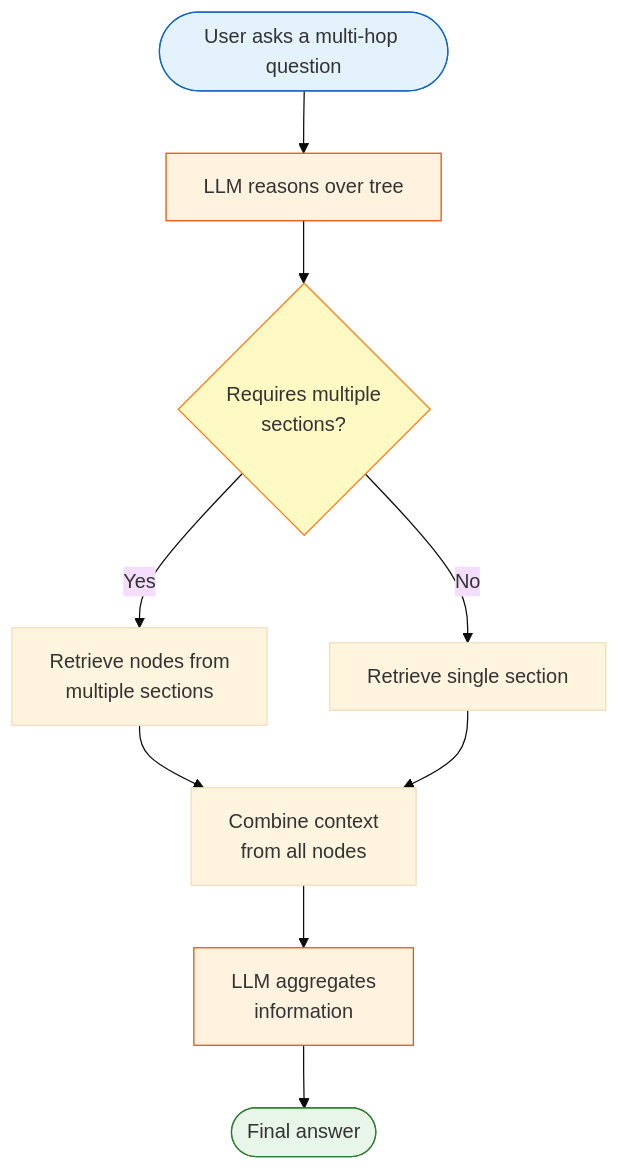
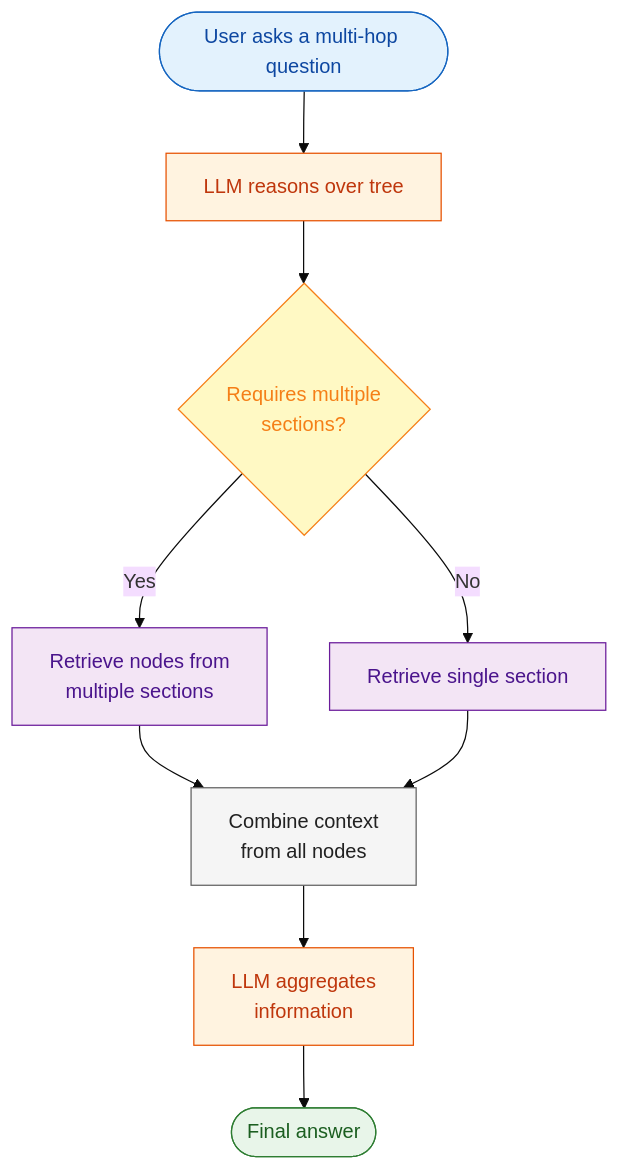
One commit to AyushSinghRana15/Vectorless-RAG changed the first of 6 diagrams in lab2/lab2_vectorless_rag_advanced.md. Above: the diagram before and after it, drawn with Mermaid (base theme). The commit also changed other lines of this file and 1 other file, not shown here.

Commit message:
Add explicit text colors to all Mermaid diagram nodes for visibility

````diff
--- a/lab2/lab2_vectorless_rag_advanced.md
+++ b/lab2/lab2_vectorless_rag_advanced.md
@@ -46,17 +46,20 @@
 ```mermaid
 flowchart TD
     A(["User asks a multi-hop question"]) --> B["LLM reasons over tree"]
     B --> C{"Requires multiple\nsections?"}
     C -->|Yes| D["Retrieve nodes from\nmultiple sections"]
     C -->|No| E["Retrieve single section"]
     D --> F["Combine context\nfrom all nodes"]
     E --> F
     F --> G["LLM aggregates\ninformation"]
     G --> H(["Final answer"])
 
-    style A fill:#e3f2fd,stroke:#1565c0
-    style H fill:#e8f5e9,stroke:#2e7d32
-    style C fill:#fff9c4,stroke:#f57f17
-    style B fill:#fff3e0,stroke:#e65100
-    style G fill:#fff3e0,stroke:#e65100
+    style A fill:#e3f2fd,stroke:#1565c0,color:#0d47a1
+    style B fill:#fff3e0,stroke:#e65100,color:#bf360c
+    style C fill:#fff9c4,stroke:#f57f17,color:#f57f17
+    style D fill:#f3e5f5,stroke:#6a1b9a,color:#4a148c
+    style E fill:#f3e5f5,stroke:#6a1b9a,color:#4a148c
+    style F fill:#f5f5f5,stroke:#616161,color:#212121
+    style G fill:#fff3e0,stroke:#e65100,color:#bf360c
+    style H fill:#e8f5e9,stroke:#2e7d32,color:#1b5e20
 ```
````
